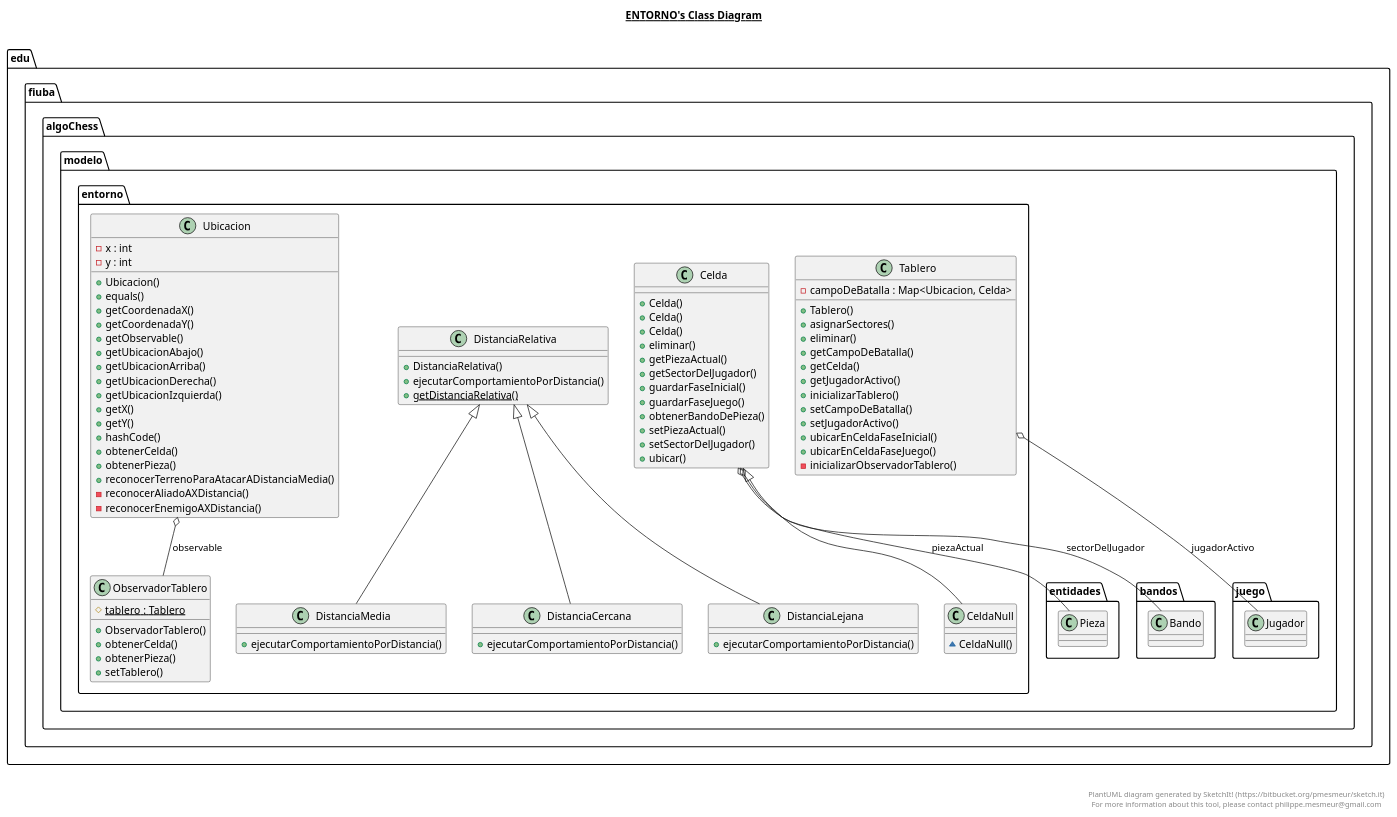
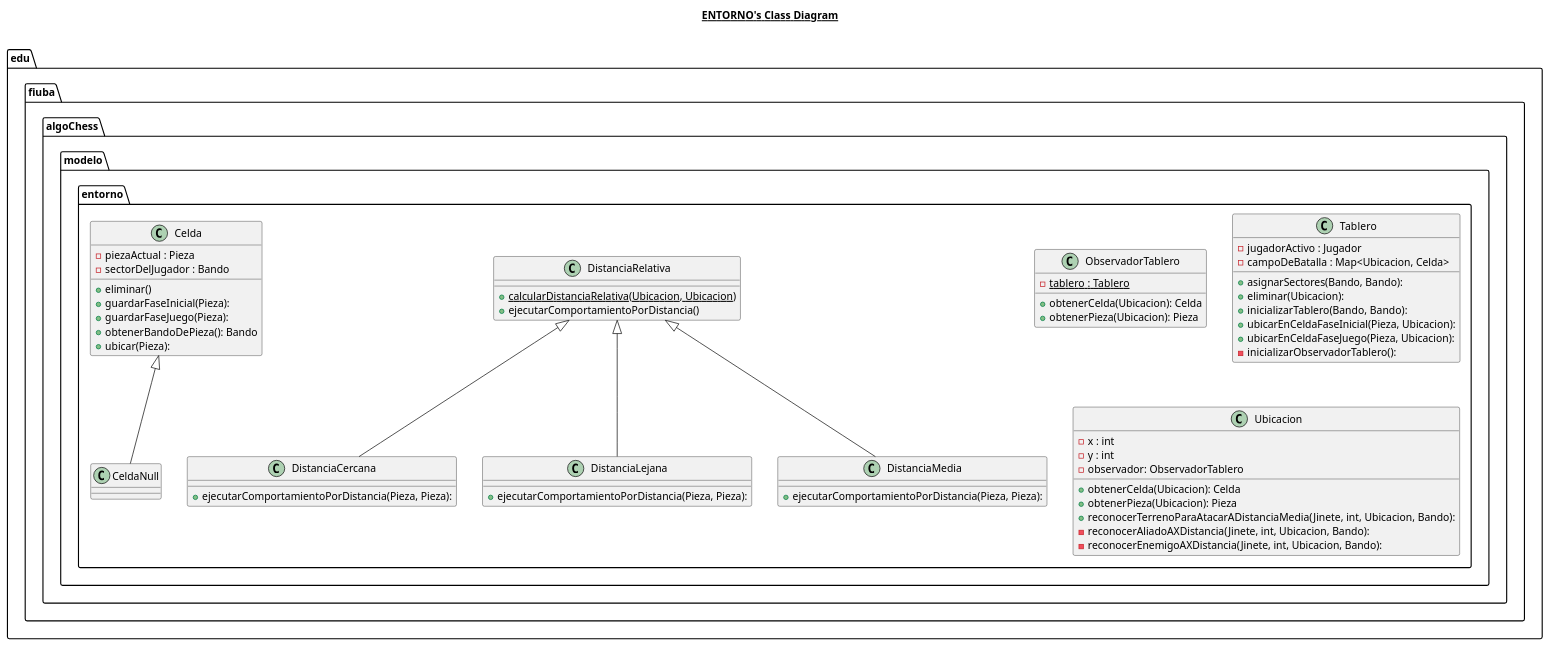
The diagram in AlgoChess/src/main/java/edu/fiuba/algoChess/modelo/entorno/entorno.plantuml (0xSkla3/algo3_TP2), drawn with PlantUML before and after one commit. The commit also changed 15 other files, not shown here.

Commit message:
se pasa la creacion de piezas a la vista(se mueven los if), se eliminan metodos del paquete juego que no se usan

```diff
--- a/AlgoChess/src/main/java/edu/fiuba/algoChess/modelo/entorno/entorno.plantuml
+++ b/AlgoChess/src/main/java/edu/fiuba/algoChess/modelo/entorno/entorno.plantuml
@@ -1,150 +1,69 @@
 @startuml
 
 title __ENTORNO's Class Diagram__\n
 
-  namespace edu.fiuba.algoChess {
-    namespace modelo.entorno {
       class edu.fiuba.algoChess.modelo.entorno.Celda {
-          + Celda()
-          + Celda()
-          + Celda()
+          - piezaActual : Pieza
+          - sectorDelJugador : Bando
           + eliminar()
-          + getPiezaActual()
-          + getSectorDelJugador()
-          + guardarFaseInicial()
-          + guardarFaseJuego()
-          + obtenerBandoDePieza()
-          + setPiezaActual()
-          + setSectorDelJugador()
-          + ubicar()
+          + guardarFaseInicial(Pieza):
+          + guardarFaseJuego(Pieza):
+          + obtenerBandoDePieza(): Bando
+          + ubicar(Pieza):
       }
-    }
-  }
-  
 
-  namespace edu.fiuba.algoChess {
-    namespace modelo.entorno {
       class edu.fiuba.algoChess.modelo.entorno.CeldaNull {
-          ~ CeldaNull()
       }
-    }
-  }
-  
 
-  namespace edu.fiuba.algoChess {
-    namespace modelo.entorno {
       class edu.fiuba.algoChess.modelo.entorno.DistanciaCercana {
+          + ejecutarComportamientoPorDistancia(Pieza, Pieza):
+      }
+
+      class edu.fiuba.algoChess.modelo.entorno.DistanciaLejana {
+          + ejecutarComportamientoPorDistancia(Pieza, Pieza):
+      }
+
+      class edu.fiuba.algoChess.modelo.entorno.DistanciaMedia {
+          + ejecutarComportamientoPorDistancia(Pieza, Pieza):
+      }
+
+      class edu.fiuba.algoChess.modelo.entorno.DistanciaRelativa {
+          {static} + calcularDistanciaRelativa(Ubicacion, Ubicacion)
           + ejecutarComportamientoPorDistancia()
       }
-    }
-  }
-  
 
-  namespace edu.fiuba.algoChess {
-    namespace modelo.entorno {
-      class edu.fiuba.algoChess.modelo.entorno.DistanciaLejana {
-          + ejecutarComportamientoPorDistancia()
+      class edu.fiuba.algoChess.modelo.entorno.ObservadorTablero {
+          {static} - tablero : Tablero
+          + obtenerCelda(Ubicacion): Celda
+          + obtenerPieza(Ubicacion): Pieza
       }
-    }
-  }
-  
 
-  namespace edu.fiuba.algoChess {
-    namespace modelo.entorno {
-      class edu.fiuba.algoChess.modelo.entorno.DistanciaMedia {
-          + ejecutarComportamientoPorDistancia()
+      class edu.fiuba.algoChess.modelo.entorno.Tablero {
+          - jugadorActivo : Jugador
+          - campoDeBatalla : Map<Ubicacion, Celda>
+          + asignarSectores(Bando, Bando):
+          + eliminar(Ubicacion):
+          + inicializarTablero(Bando, Bando):
+          + ubicarEnCeldaFaseInicial(Pieza, Ubicacion):
+          + ubicarEnCeldaFaseJuego(Pieza, Ubicacion):
+          - inicializarObservadorTablero():
       }
-    }
-  }
-  
 
-  namespace edu.fiuba.algoChess {
-    namespace modelo.entorno {
-      class edu.fiuba.algoChess.modelo.entorno.DistanciaRelativa {
-          + DistanciaRelativa()
-          + ejecutarComportamientoPorDistancia()
-          {static} + getDistanciaRelativa()
-      }
-    }
-  }
-  
-
-  namespace edu.fiuba.algoChess {
-    namespace modelo.entorno {
-      class edu.fiuba.algoChess.modelo.entorno.ObservadorTablero {
-          {static} # tablero : Tablero
-          + ObservadorTablero()
-          + obtenerCelda()
-          + obtenerPieza()
-          + setTablero()
-      }
-    }
-  }
-  
-
-  namespace edu.fiuba.algoChess {
-    namespace modelo.entorno {
-      class edu.fiuba.algoChess.modelo.entorno.Tablero {
-          - campoDeBatalla : Map<Ubicacion, Celda>
-          + Tablero()
-          + asignarSectores()
-          + eliminar()
-          + getCampoDeBatalla()
-          + getCelda()
-          + getJugadorActivo()
-          + inicializarTablero()
-          + setCampoDeBatalla()
-          + setJugadorActivo()
-          + ubicarEnCeldaFaseInicial()
-          + ubicarEnCeldaFaseJuego()
-          - inicializarObservadorTablero()
-      }
-    }
-  }
-  
-
-  namespace edu.fiuba.algoChess {
-    namespace modelo.entorno {
       class edu.fiuba.algoChess.modelo.entorno.Ubicacion {
           - x : int
           - y : int
-          + Ubicacion()
-          + equals()
-          + getCoordenadaX()
-          + getCoordenadaY()
-          + getObservable()
-          + getUbicacionAbajo()
-          + getUbicacionArriba()
-          + getUbicacionDerecha()
-          + getUbicacionIzquierda()
-          + getX()
-          + getY()
-          + hashCode()
-          + obtenerCelda()
-          + obtenerPieza()
-          + reconocerTerrenoParaAtacarADistanciaMedia()
-          - reconocerAliadoAXDistancia()
-          - reconocerEnemigoAXDistancia()
+          - observador: ObservadorTablero
+          + obtenerCelda(Ubicacion): Celda
+          + obtenerPieza(Ubicacion): Pieza
+          + reconocerTerrenoParaAtacarADistanciaMedia(Jinete, int, Ubicacion, Bando):
+          - reconocerAliadoAXDistancia(Jinete, int, Ubicacion, Bando):
+          - reconocerEnemigoAXDistancia(Jinete, int, Ubicacion, Bando):
       }
-    }
-  }
-  
 
-  edu.fiuba.algoChess.modelo.entorno.Celda o-- edu.fiuba.algoChess.modelo.entidades.Pieza : piezaActual
-  edu.fiuba.algoChess.modelo.entorno.Celda o-- edu.fiuba.algoChess.modelo.bandos.Bando : sectorDelJugador
   edu.fiuba.algoChess.modelo.entorno.CeldaNull -up-|> edu.fiuba.algoChess.modelo.entorno.Celda
   edu.fiuba.algoChess.modelo.entorno.DistanciaCercana -up-|> edu.fiuba.algoChess.modelo.entorno.DistanciaRelativa
   edu.fiuba.algoChess.modelo.entorno.DistanciaLejana -up-|> edu.fiuba.algoChess.modelo.entorno.DistanciaRelativa
   edu.fiuba.algoChess.modelo.entorno.DistanciaMedia -up-|> edu.fiuba.algoChess.modelo.entorno.DistanciaRelativa
-  edu.fiuba.algoChess.modelo.entorno.Tablero o-- edu.fiuba.algoChess.modelo.juego.Jugador : jugadorActivo
-  edu.fiuba.algoChess.modelo.entorno.Ubicacion o-- edu.fiuba.algoChess.modelo.entorno.ObservadorTablero : observable
 
 
-right footer
-
-
-PlantUML diagram generated by SketchIt! (https://bitbucket.org/pmesmeur/sketch.it)
-For more information about this tool, please contact philippe.mesmeur@gmail.com
-endfooter
-
 @enduml
```
